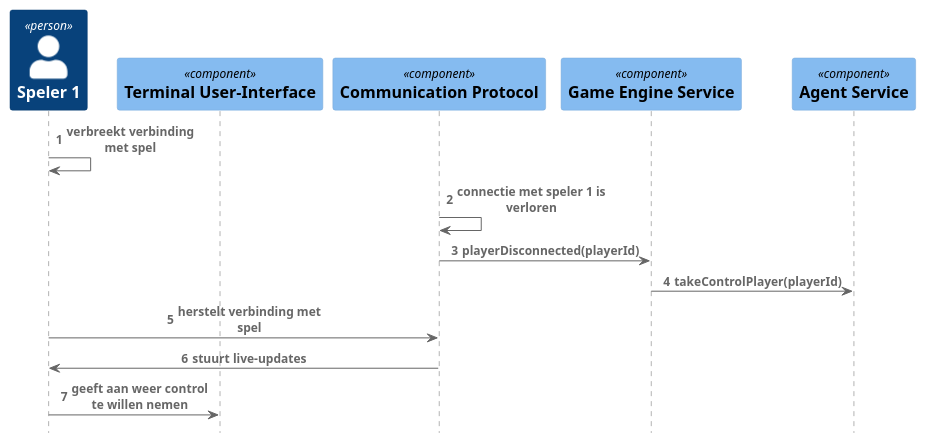
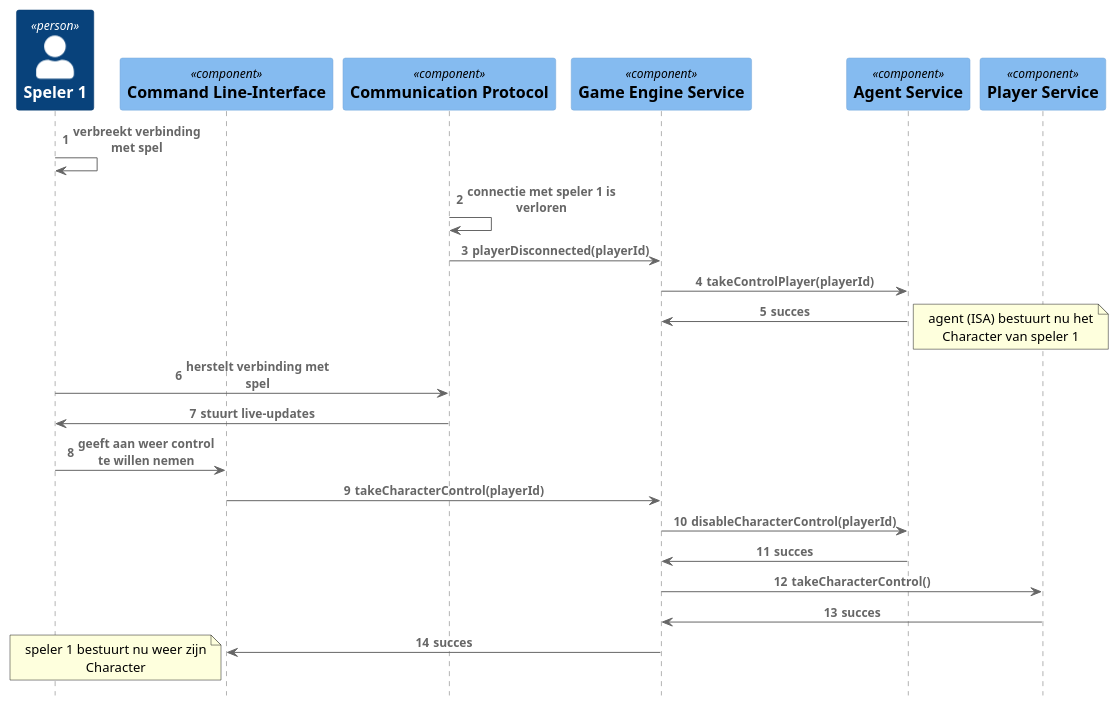
One commit to DaanBannaan/SAD-sequentie changed the second of 2 diagrams in agentNeemtOver.puml. Above: the diagram before and after it, drawn with PlantUML. The commit also changed other lines of this file and 1 other file, not shown here.

```diff
--- a/agentNeemtOver.puml
+++ b/agentNeemtOver.puml
@@ -26,31 +45,44 @@
 @startuml
 
 !include https://raw.githubusercontent.com/plantuml-stdlib/C4-PlantUML/master/C4_Sequence.puml
 autonumber
 
 'Disconnects:
 
 Person(speler, "Speler 1")
-Component(tui, "Terminal User-Interface")
+Component(cli, "Command Line-Interface")
 Component(comms, "Communication Protocol")
 Component(engine, "Game Engine Service")
 
 Rel(speler, speler, verbreekt verbinding met spel)
 Rel(comms, comms, connectie met speler 1 is verloren)
 Rel(comms, engine, playerDisconnected(playerId))
 
 Component(agent, "Agent Service")
 
 Rel(engine, agent, takeControlPlayer(playerId))
+Rel(agent, engine, succes)
+
+note right: agent (ISA) bestuurt nu het Character van speler 1
 
 
 'Reconnects:
 
 Rel(speler, comms, herstelt verbinding met spel)
 Rel(comms, speler, stuurt live-updates)
-Rel(speler, tui, geeft aan weer control te willen nemen)
+Rel(speler, cli, geeft aan weer control te willen nemen)
 
+Rel(cli, engine, takeCharacterControl(playerId))
+Rel(engine, agent, disableCharacterControl(playerId))
+Rel(agent, engine, succes)
+
+Component(player, "Player Service")
+Rel(engine, player, takeCharacterControl())
+Rel(player, engine, succes)
+Rel(engine, cli, succes)
+'Rel(engine, )
+note left: speler 1 bestuurt nu weer zijn Character
 
 
 
 @enduml
```
